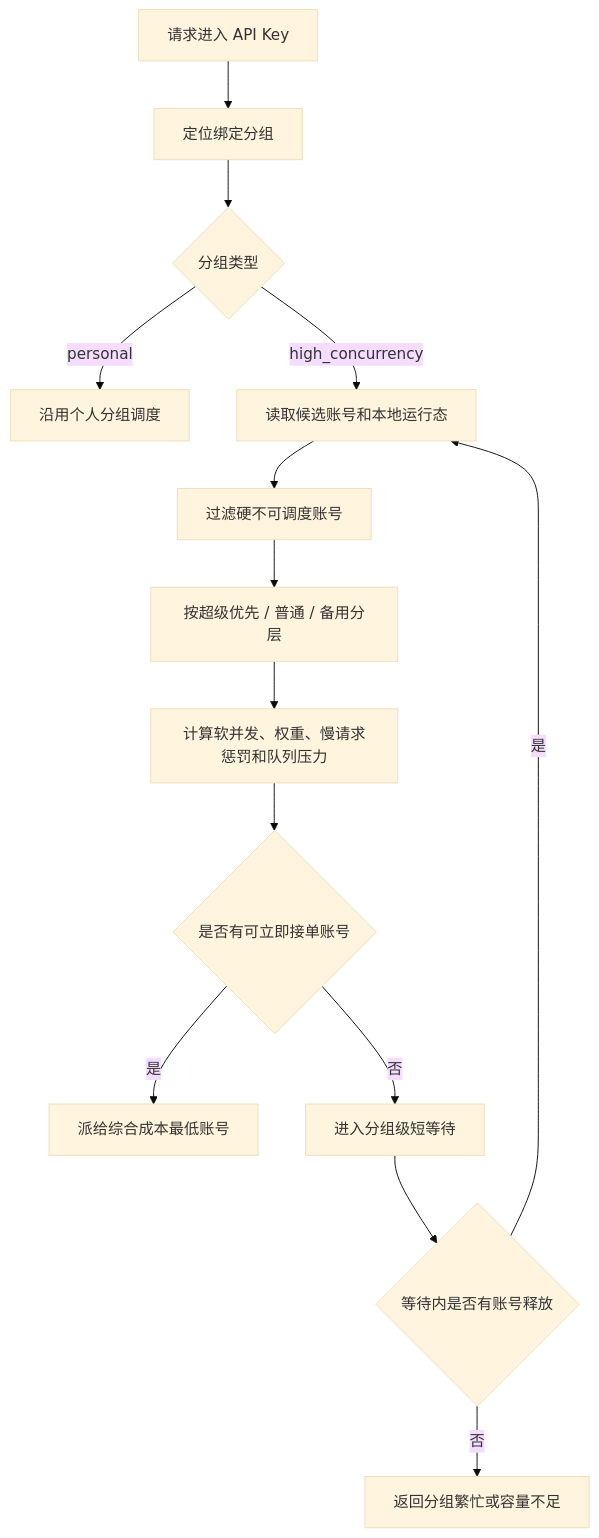
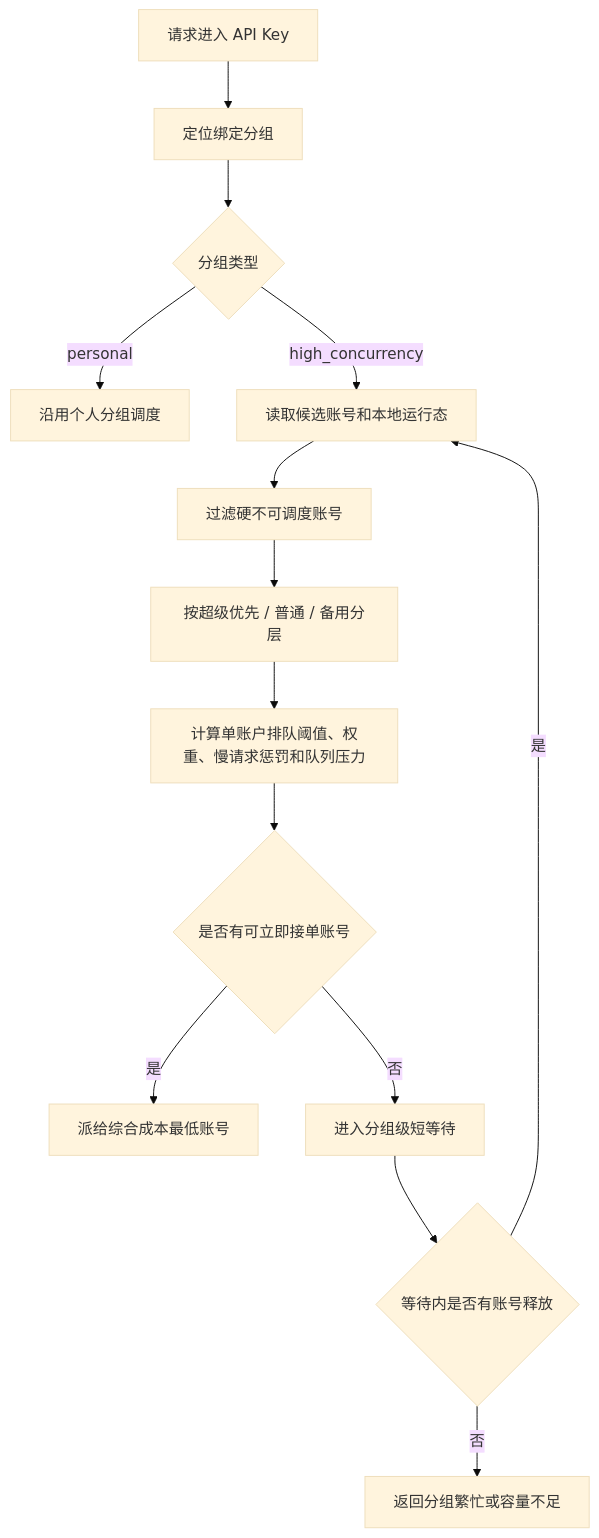
One commit to huanmin123/juhe-ai changed the diagram in docs/functions/高并发分组调度设计.md. Above: the diagram before and after it, drawn with Mermaid (base theme). The commit also changed other lines of this file and 45 other files, not shown here.

````diff
--- a/docs/functions/高并发分组调度设计.md
+++ b/docs/functions/高并发分组调度设计.md
@@ -83,16 +107,16 @@
 ```mermaid
 flowchart TD
   A["请求进入 API Key"] --> B["定位绑定分组"]
   B --> C{"分组类型"}
   C -- "personal" --> D["沿用个人分组调度"]
   C -- "high_concurrency" --> E["读取候选账号和本地运行态"]
   E --> F["过滤硬不可调度账号"]
   F --> G["按超级优先 / 普通 / 备用分层"]
-  G --> H["计算软并发、权重、慢请求惩罚和队列压力"]
+  G --> H["计算单账户排队阈值、权重、慢请求惩罚和队列压力"]
   H --> I{"是否有可立即接单账号"}
   I -- "是" --> J["派给综合成本最低账号"]
   I -- "否" --> K["进入分组级短等待"]
   K --> L{"等待内是否有账号释放"}
   L -- "是" --> E
   L -- "否" --> M["返回分组繁忙或容量不足"]
 ```
````
